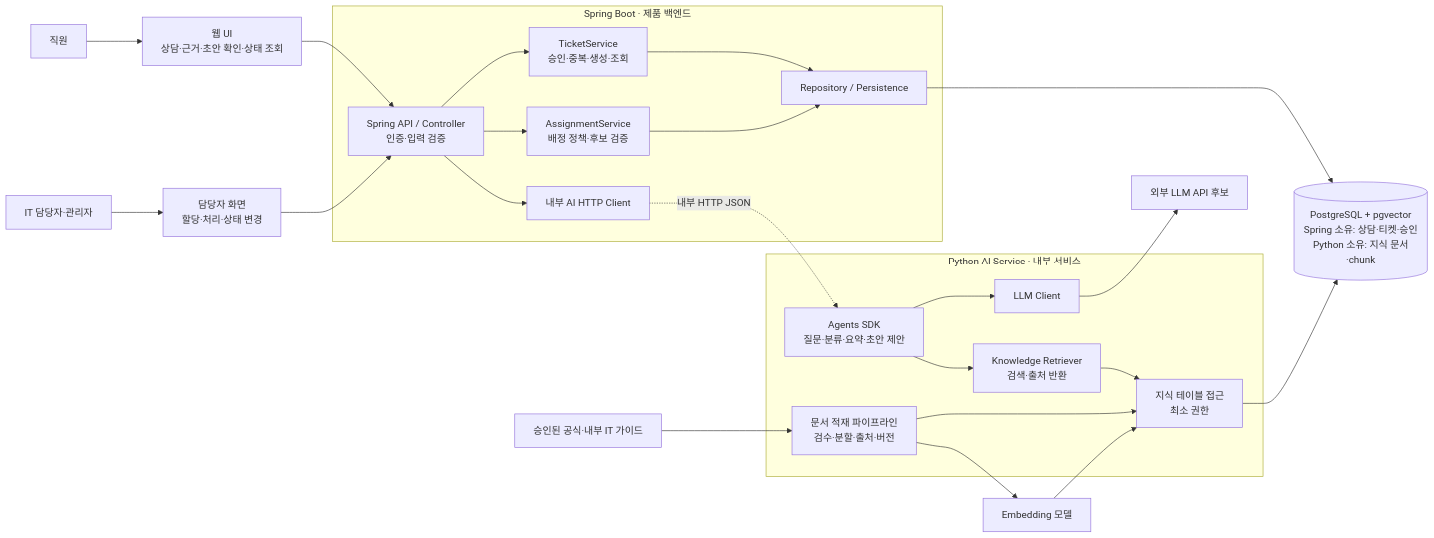
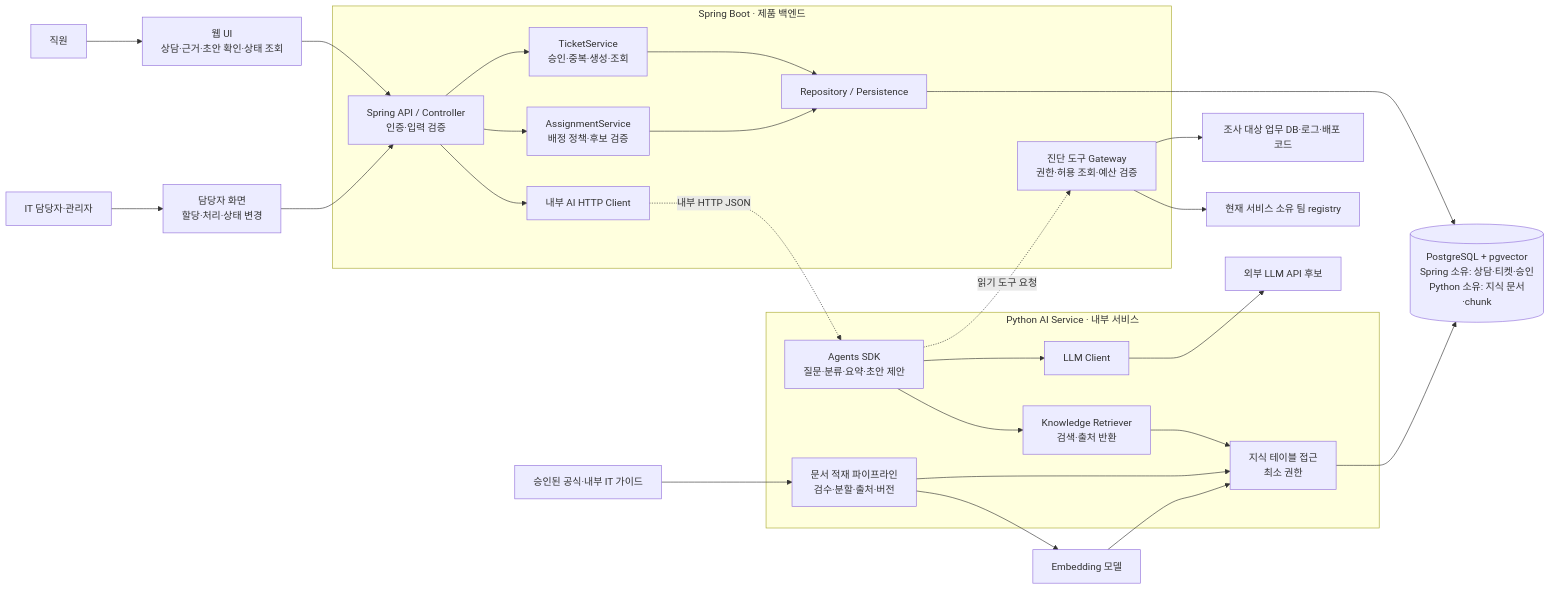
The second of 4 diagrams in 설계/플로우차트_및_아키텍처.md (Jhanoo/hanwha_final), drawn with Mermaid before and after one commit. The commit also changed other lines of this file and 18 other files, not shown here.

````diff
--- a/설계/플로우차트_및_아키텍처.md
+++ b/설계/플로우차트_및_아키텍처.md
@@ -59,31 +61,35 @@
 ```mermaid
 flowchart LR
     EMP["직원"] --> UI["웹 UI<br/>상담·근거·초안 확인·상태 조회"]
     OPS["IT 담당자·관리자"] --> BOARD["담당자 화면<br/>할당·처리·상태 변경"]
     UI --> API["Spring API / Controller<br/>인증·입력 검증"]
     BOARD --> API
 
     subgraph BACK["Spring Boot · 제품 백엔드"]
         API --> AICLIENT["내부 AI HTTP Client"]
+        DGATE["진단 도구 Gateway<br/>권한·허용 조회·예산 검증"]
         API --> TICKET["TicketService<br/>승인·중복·생성·조회"]
         API --> ASSIGN["AssignmentService<br/>배정 정책·후보 검증"]
         TICKET --> REPO["Repository / Persistence"]
         ASSIGN --> REPO
     end
 
     subgraph PY["Python AI Service · 내부 서비스"]
         AICLIENT -. "내부 HTTP JSON" .-> AGENT["Agents SDK<br/>질문·분류·요약·초안 제안"]
         AGENT --> RAG["Knowledge Retriever<br/>검색·출처 반환"]
+        AGENT -. "읽기 도구 요청" .-> DGATE
         RAG --> KREPO["지식 테이블 접근<br/>최소 권한"]
         INGEST["문서 ingestion"] --> KREPO
         AGENT --> MODEL["LLM Client"]
     end
 
+    DGATE --> SYS["조사 대상 업무 DB·로그·배포 코드"]
+    DGATE --> OWNERS["현재 서비스 소유 팀 registry"]
     MODEL --> LLM["외부 LLM API 후보"]
     REPO --> DB[("PostgreSQL + pgvector<br/>Spring 소유: 상담·티켓·승인<br/>Python 소유: 지식 문서·chunk")]
     KREPO --> DB
 
     DOC["승인된 공식·내부 IT 가이드"] --> INGEST["문서 적재 파이프라인<br/>검수·분할·출처·버전"]
     INGEST --> EMB["Embedding 모델"]
     EMB --> KREPO
 ```
````
